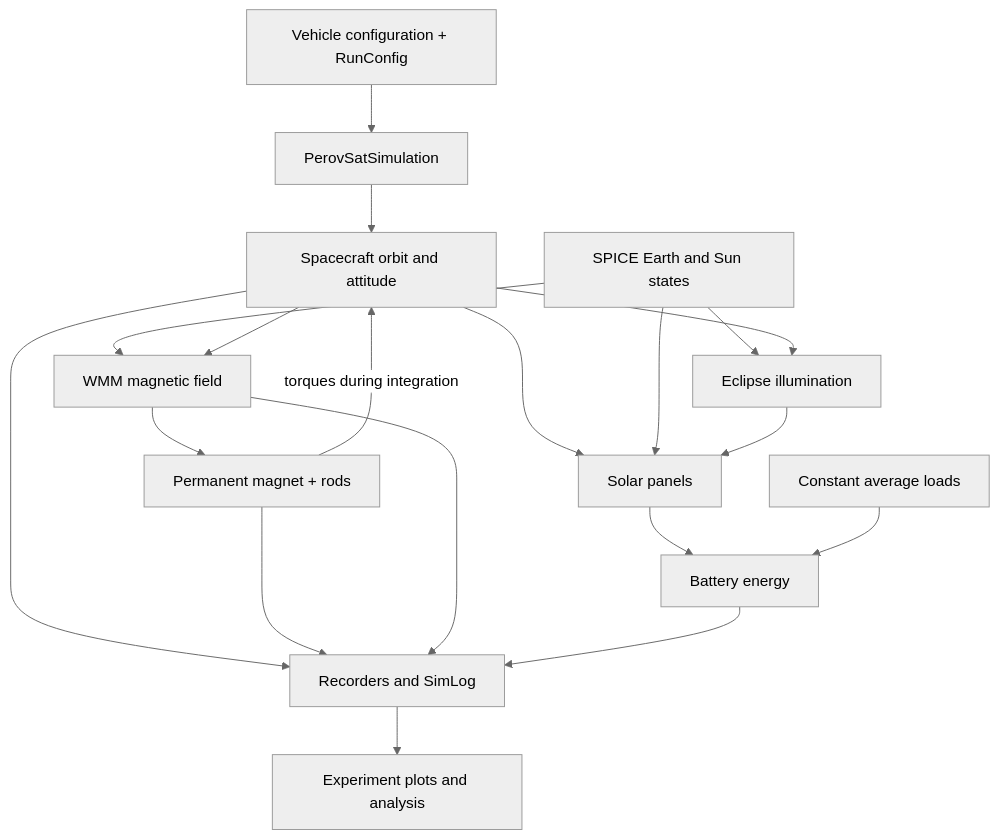
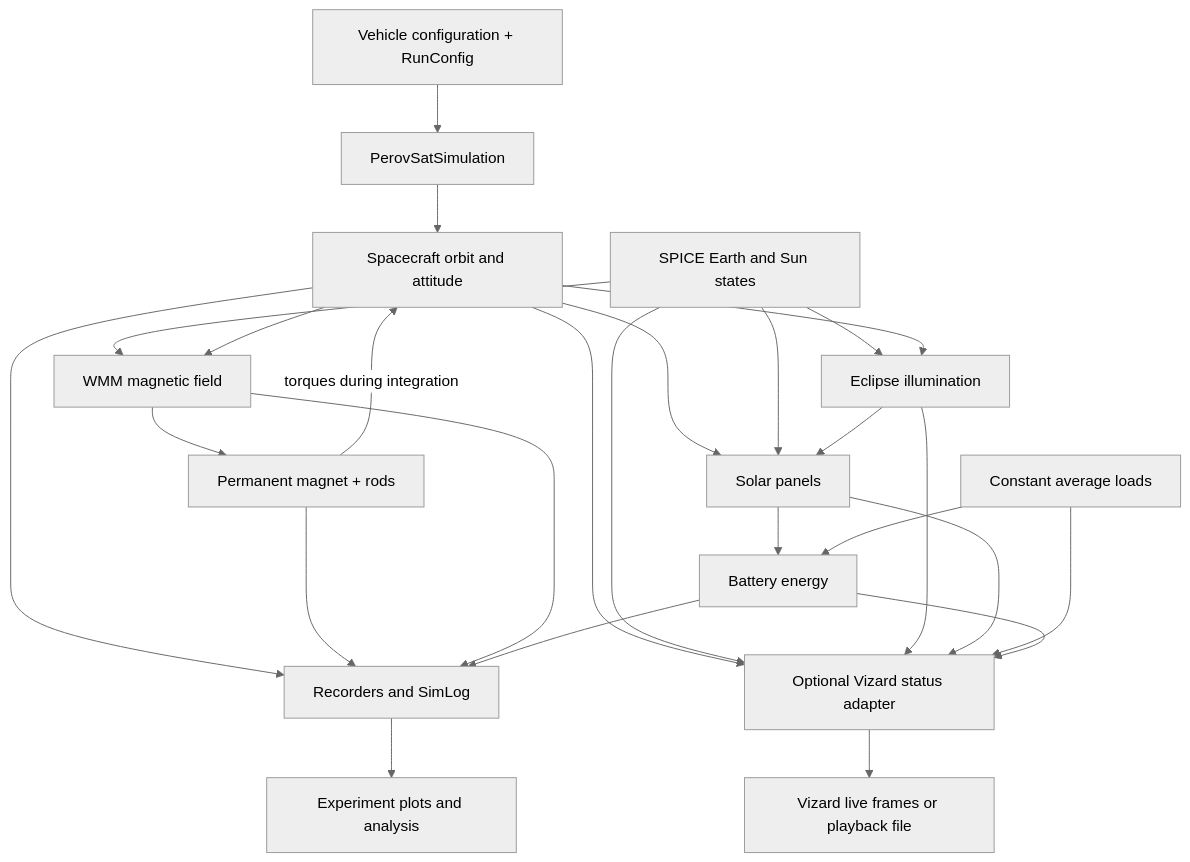
One commit to PEROVSAT/basilisk-simulation changed the diagram in docs/architecture.md. Above: the diagram before and after it, drawn with Mermaid (neutral theme). The commit also changed other lines of this file and 22 other files, not shown here.

First line of the commit message:
feat: add live Vizard telemetry and per-face illumination

````diff
--- a/docs/architecture.md
+++ b/docs/architecture.md
@@ -62,21 +73,28 @@
 ```mermaid
 flowchart TD
     Config[Vehicle configuration + RunConfig] --> Sim[PerovSatSimulation]
     Sim --> SC[Spacecraft orbit and attitude]
     SPICE[SPICE Earth and Sun states] --> WMM[WMM magnetic field]
     SC --> WMM
     SPICE --> Eclipse[Eclipse illumination]
     SC --> Eclipse
     WMM --> PMAC[Permanent magnet + rods]
     PMAC -->|torques during integration| SC
     SC --> Panels[Solar panels]
     SPICE --> Panels
     Eclipse --> Panels
     Panels --> Battery[Battery energy]
     Loads[Constant average loads] --> Battery
+    SC --> Status[Optional Vizard status adapter]
+    SPICE --> Status
+    Eclipse --> Status
+    Panels --> Status
+    Loads --> Status
+    Battery --> Status
+    Status --> Viewer[Vizard live frames or playback file]
     SC --> Logs[Recorders and SimLog]
     PMAC --> Logs
     WMM --> Logs
     Battery --> Logs
     Logs --> Analysis[Experiment plots and analysis]
 ```
````
